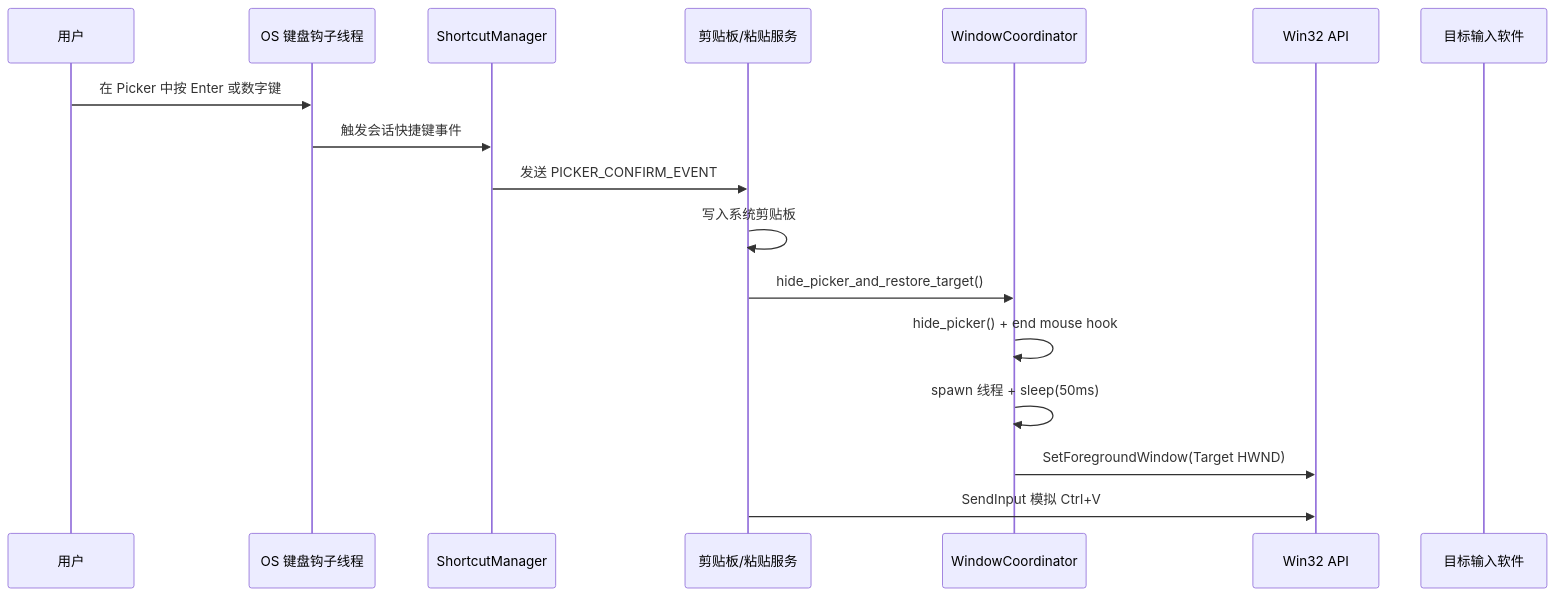
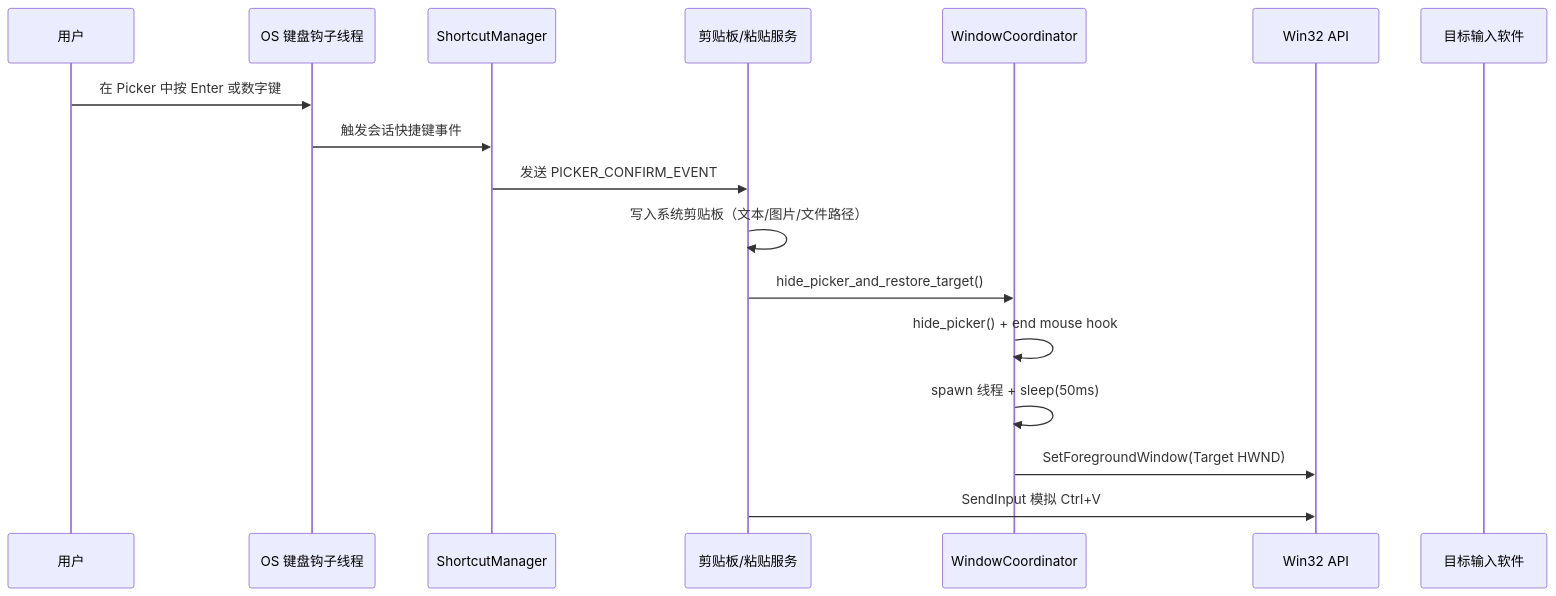
Before and after one commit to tranquil-w/floatpaste: the third of 3 diagrams in docs/architecture/无焦点速贴窗口架构与防坑指南.md, drawn with Mermaid. The commit also changed other lines of this file and 2 other files, not shown here.

Commit message:
docs: 更新架构文档以反映图片/文件支持与多窗口架构

````diff
--- a/docs/architecture/无焦点速贴窗口架构与防坑指南.md
+++ b/docs/architecture/无焦点速贴窗口架构与防坑指南.md
@@ -88,20 +92,20 @@
 ```mermaid
 sequenceDiagram
     participant User as 用户
     participant Hook as OS 键盘钩子线程
     participant Shortcut as ShortcutManager
     participant App as 剪贴板/粘贴服务
     participant Window as WindowCoordinator
     participant Win32 as Win32 API
     participant Target as 目标输入软件
 
     User->>Hook: 在 Picker 中按 Enter 或数字键
     Hook->>Shortcut: 触发会话快捷键事件
     Shortcut->>App: 发送 PICKER_CONFIRM_EVENT
-    App->>App: 写入系统剪贴板
+    App->>App: 写入系统剪贴板（文本/图片/文件路径）
     App->>Window: hide_picker_and_restore_target()
     Window->>Window: hide_picker() + end mouse hook
     Window->>Window: spawn 线程 + sleep(50ms)
     Window->>Win32: SetForegroundWindow(Target HWND)
     App->>Win32: SendInput 模拟 Ctrl+V
 ```
````
